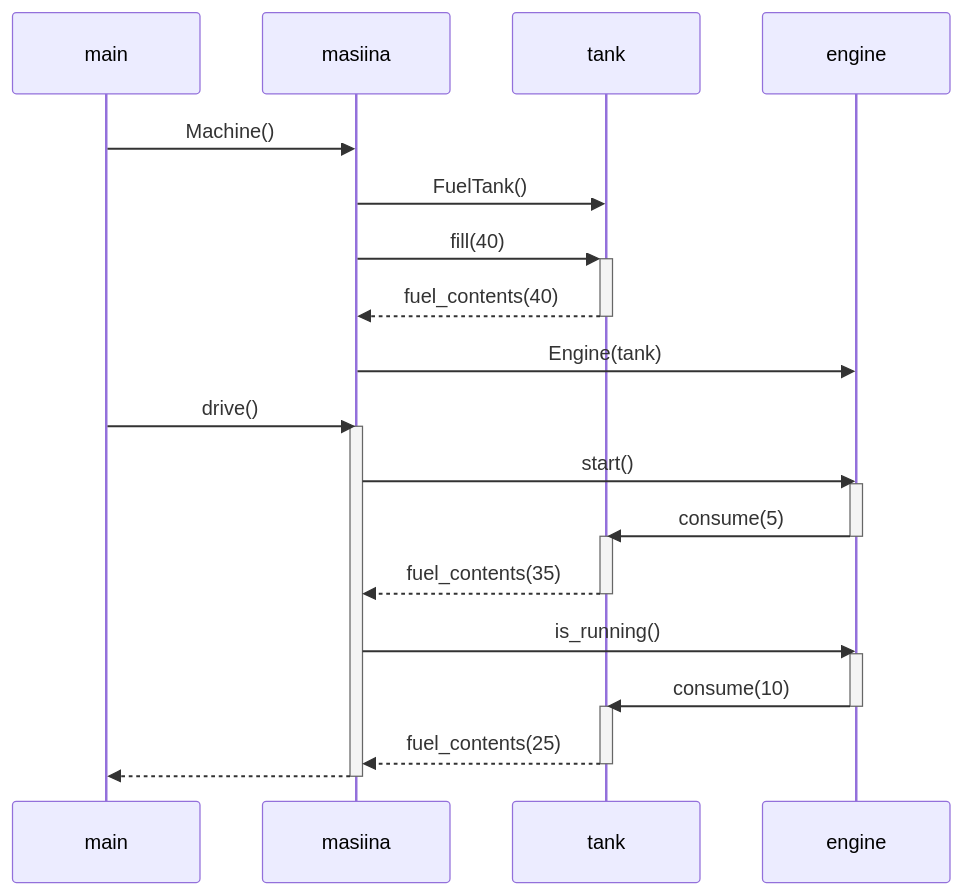
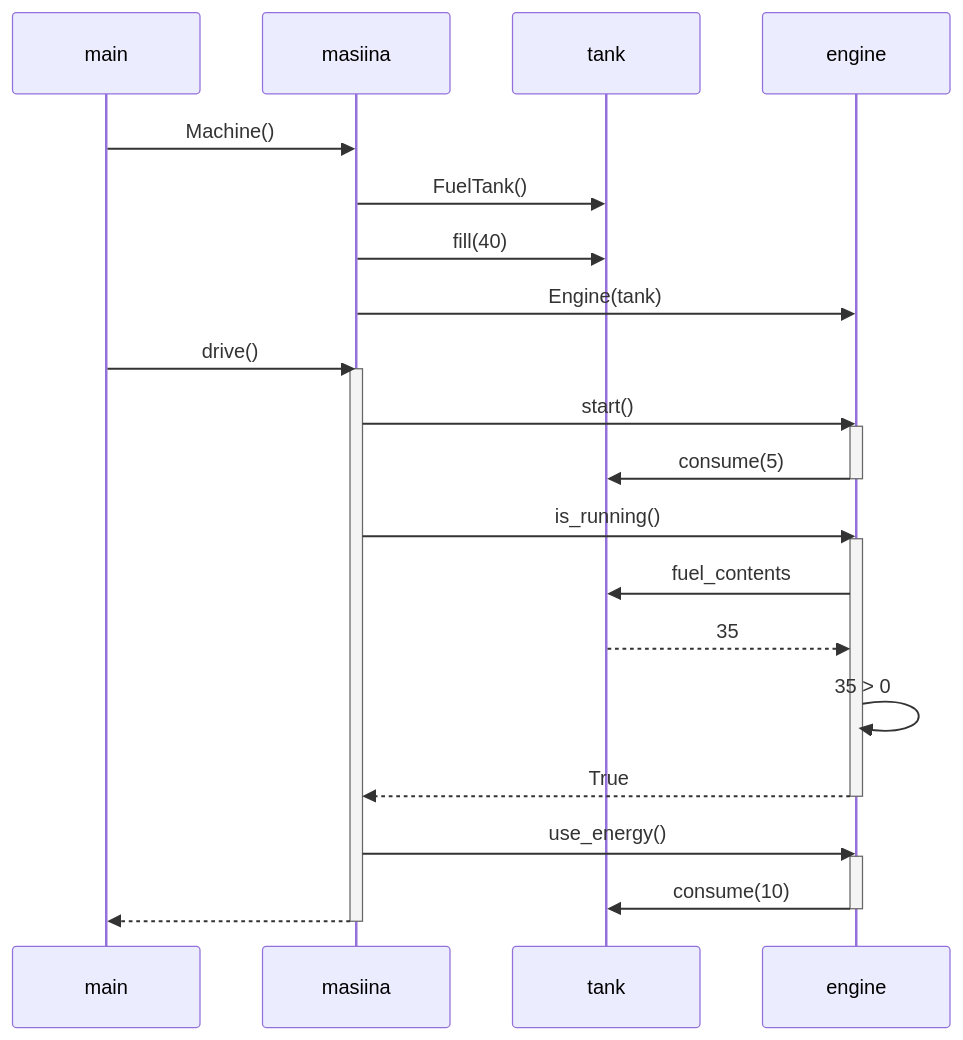
One commit to Wincewind/ot-harjoitustyo changed the diagram in laskarit/viikko3/sekvenssi.md. Above: the diagram before and after it, drawn with Mermaid.

````diff
--- a/laskarit/viikko3/sekvenssi.md
+++ b/laskarit/viikko3/sekvenssi.md
@@ -3,28 +3,28 @@
 ```mermaid
 
 sequenceDiagram
     main->>masiina: Machine()
     masiina->>tank: FuelTank()
-    masiina->>+tank: fill(40)
-    tank-->>-masiina: fuel_contents(40)
+    masiina->>tank: fill(40)
     masiina->>engine: Engine(tank)
     main->>masiina: drive()
     activate masiina
     masiina->>engine: start()
     activate engine
     engine->>tank: consume(5)
-    activate tank
     deactivate engine
-    tank-->>masiina: fuel_contents(35)
-    deactivate tank
     masiina->>engine: is_running()
     activate engine
+    engine->>tank: fuel_contents
+    tank-->>engine: 35
+    engine->>engine: 35 > 0
+    engine-->>masiina: True
+    deactivate engine
+    masiina->>engine: use_energy()
+    activate engine
     engine->>tank: consume(10)
-    activate tank
     deactivate engine
-    tank-->>masiina: fuel_contents(25)
-    deactivate tank
     masiina-->>main: 
     deactivate masiina
     
 ```
````
